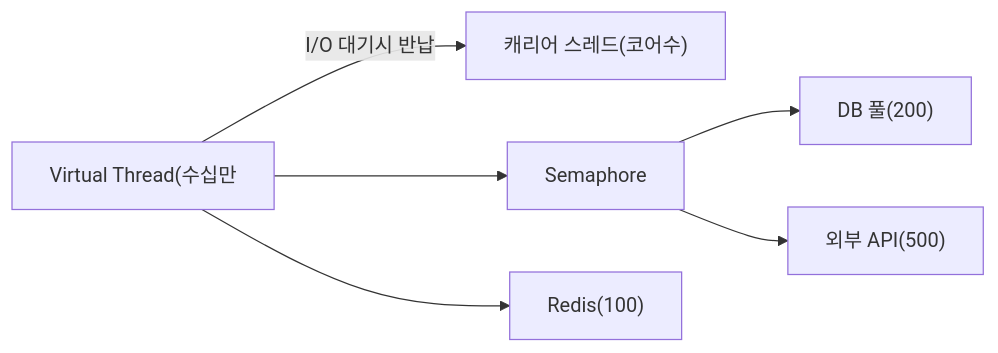
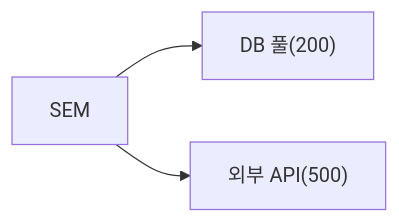
Before and after one commit to yjkim2015/yjkim2015.github.io: the fifth of 5 diagrams in _posts/java/2026-05-01-java-virtual-thread.md, drawn with Mermaid. The commit also changed other lines of this file and 132 other files, not shown here.

First line of the commit message:
Mermaid 다이어그램 가독성 정리: 단순 제거, 노드 축소, TD→LR 변환

````diff
--- a/_posts/java/2026-05-01-java-virtual-thread.md
+++ b/_posts/java/2026-05-01-java-virtual-thread.md
@@ -1078,8 +1061,5 @@
 ```mermaid
 graph LR
-    VT["Virtual Thread(수십만"] -->|"I/O 대기시 반납"| CT["캐리어 스레드(코어수)"]
-    VT --> SEM["Semaphore"]
     SEM --> DB["DB 풀(200)"]
     SEM --> API["외부 API(500)"]
-    VT --> CACHE["Redis(100)"]
 ```
````
